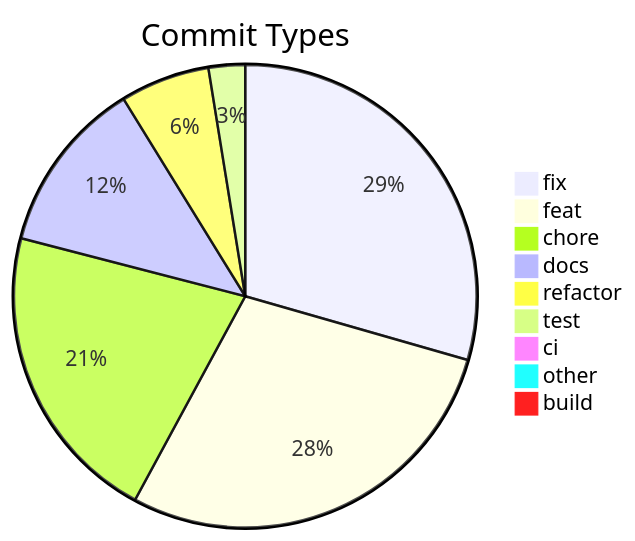
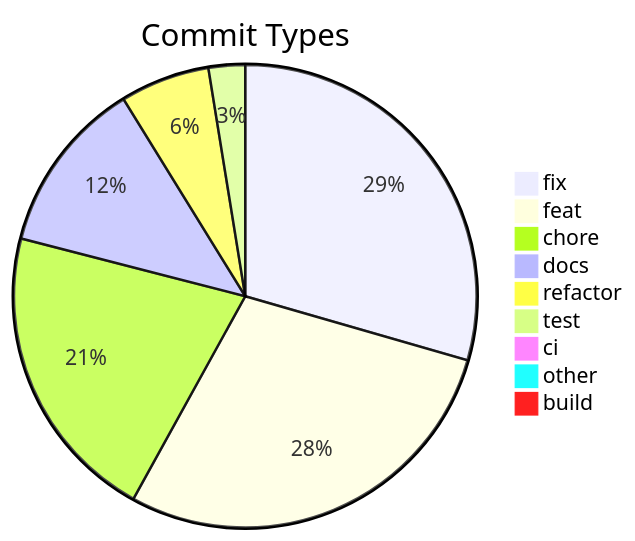
The diagram in .shipwright/compliance/change-history.md (svenroth-ai/shipwright), drawn with Mermaid before and after one commit. The commit also changed other lines of this file and 46 other files, not shown here.

````diff
--- a/.shipwright/compliance/change-history.md
+++ b/.shipwright/compliance/change-history.md
@@ -10,12 +10,12 @@
 ```mermaid
 pie title Commit Types
     "fix" : 358
-    "feat" : 346
-    "chore" : 257
+    "feat" : 347
+    "chore" : 255
     "docs" : 148
     "refactor" : 76
     "test" : 31
     "ci" : 11
     "other" : 9
     "build" : 1
 ```
````
